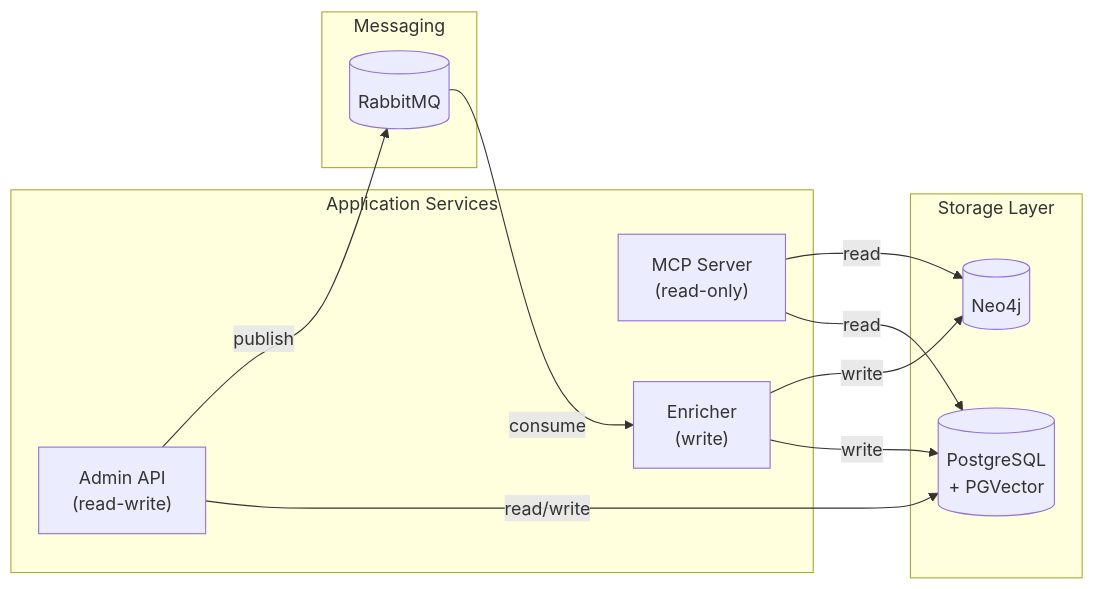
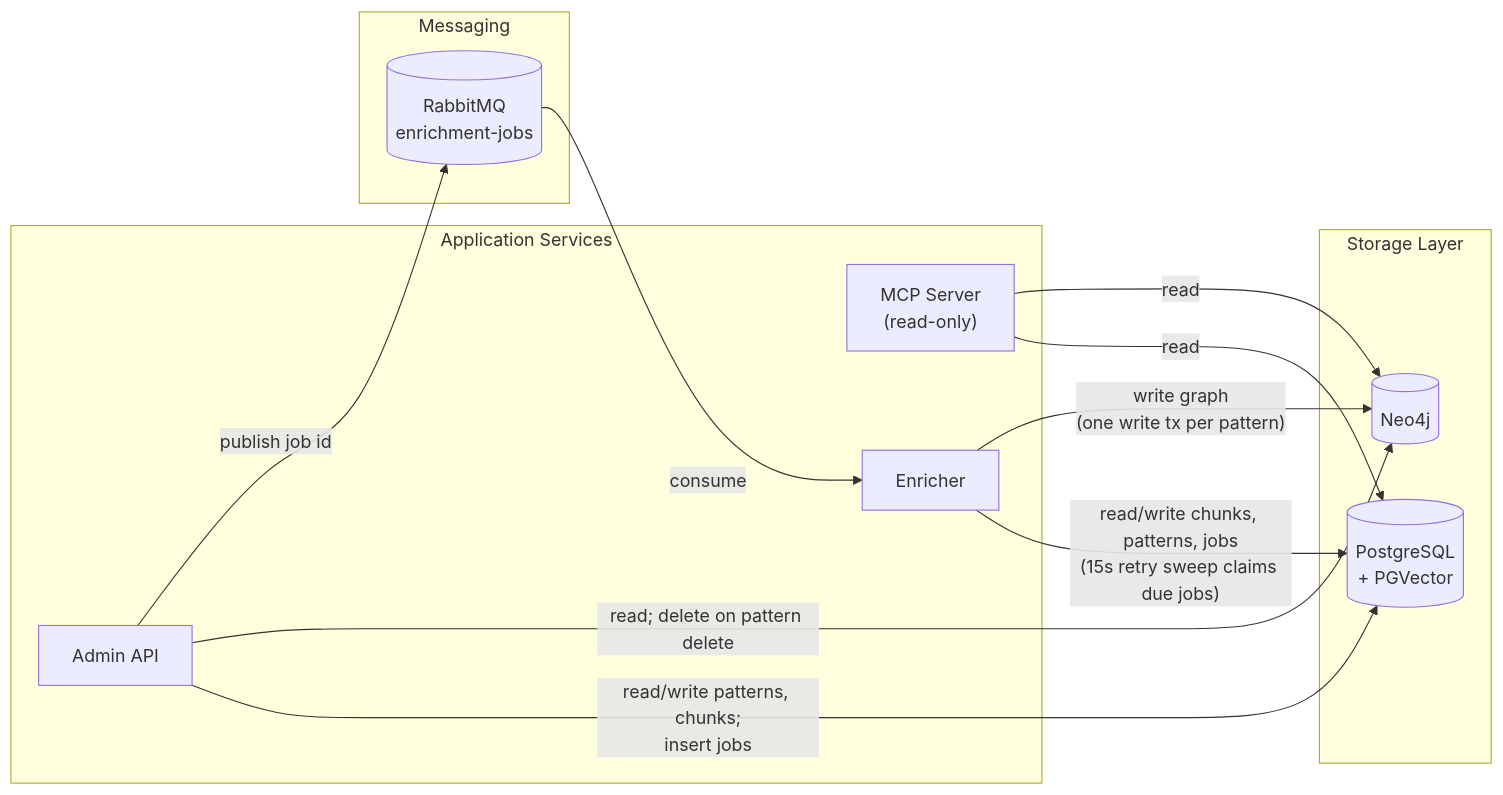
Before and after one commit to twistingmercury/mnemonic-docs: the first of 8 diagrams in docs/architecture/system/04-data-architecture.md, drawn with Mermaid. The commit also changed other lines of this file and 41 other files, not shown here.

````diff
--- a/docs/architecture/system/04-data-architecture.md
+++ b/docs/architecture/system/04-data-architecture.md
@@ -67,22 +69,23 @@
 ```mermaid
 flowchart LR
   subgraph services["Application Services"]
-    mcp["MCP Server\n(read-only)"]
-    api["Admin API\n(read-write)"]
-    enricher["Enricher\n(write)"]
+    mcp["MCP Server<br/>(read-only)"]
+    api["Admin API"]
+    enricher["Enricher"]
   end
   subgraph storage["Storage Layer"]
-    pg[("PostgreSQL\n+ PGVector")]
+    pg[("PostgreSQL<br/>+ PGVector")]
     neo4j[("Neo4j")]
   end
   subgraph messaging["Messaging"]
-    rabbit[("RabbitMQ")]
+    rabbit[("RabbitMQ<br/>enrichment-jobs")]
   end
   mcp -->|read| pg
   mcp -->|read| neo4j
-  api -->|read/write| pg
-  api -->|publish| rabbit
+  api -->|"read/write patterns, chunks;<br/>insert jobs"| pg
+  api -->|"read; delete on pattern delete"| neo4j
+  api -->|publish job id| rabbit
   rabbit -->|consume| enricher
-  enricher -->|write| pg
-  enricher -->|write| neo4j
+  enricher -->|"read/write chunks, patterns, jobs<br/>(15s retry sweep claims due jobs)"| pg
+  enricher -->|"write graph<br/>(one write tx per pattern)"| neo4j
 ```
````
